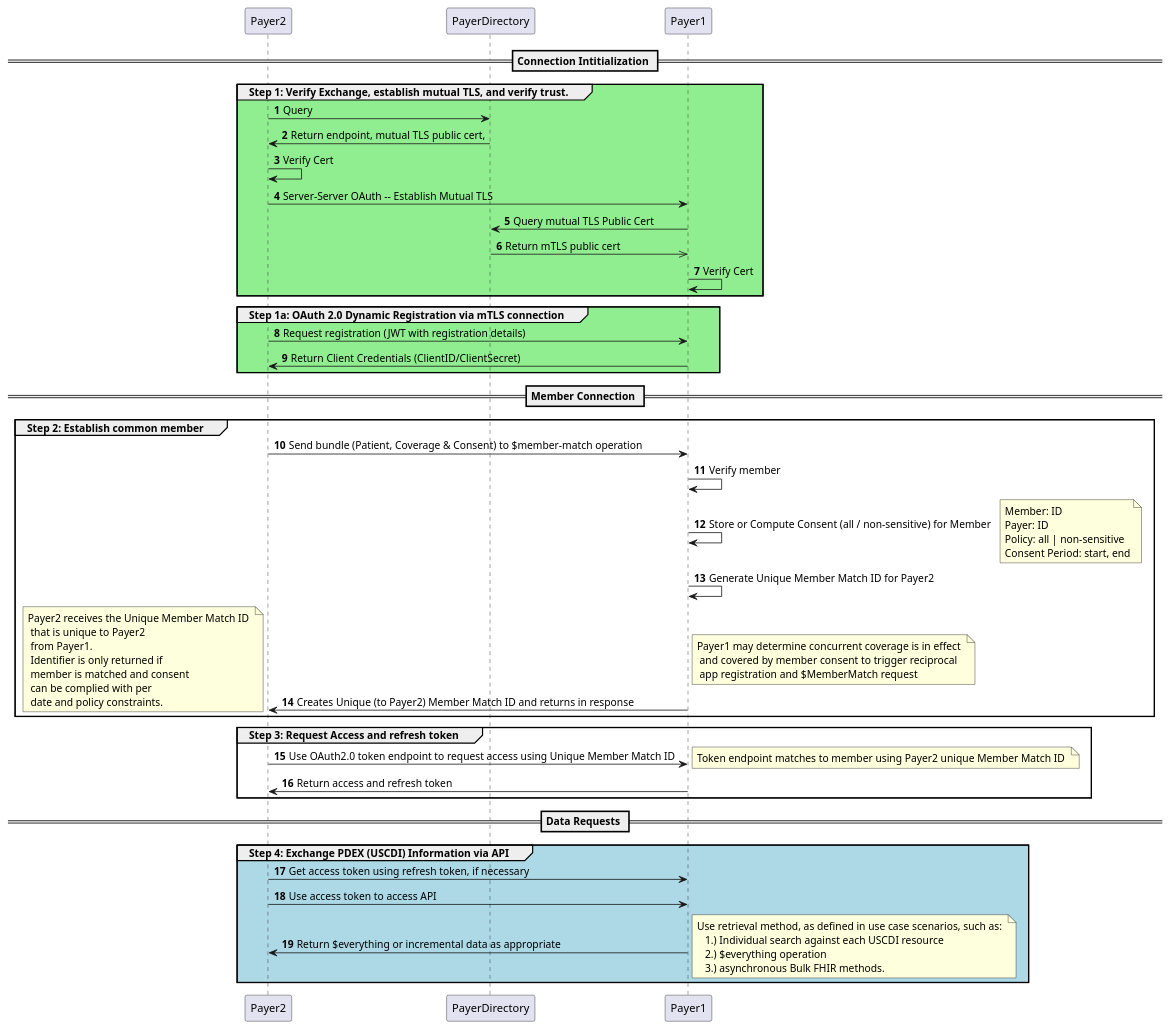
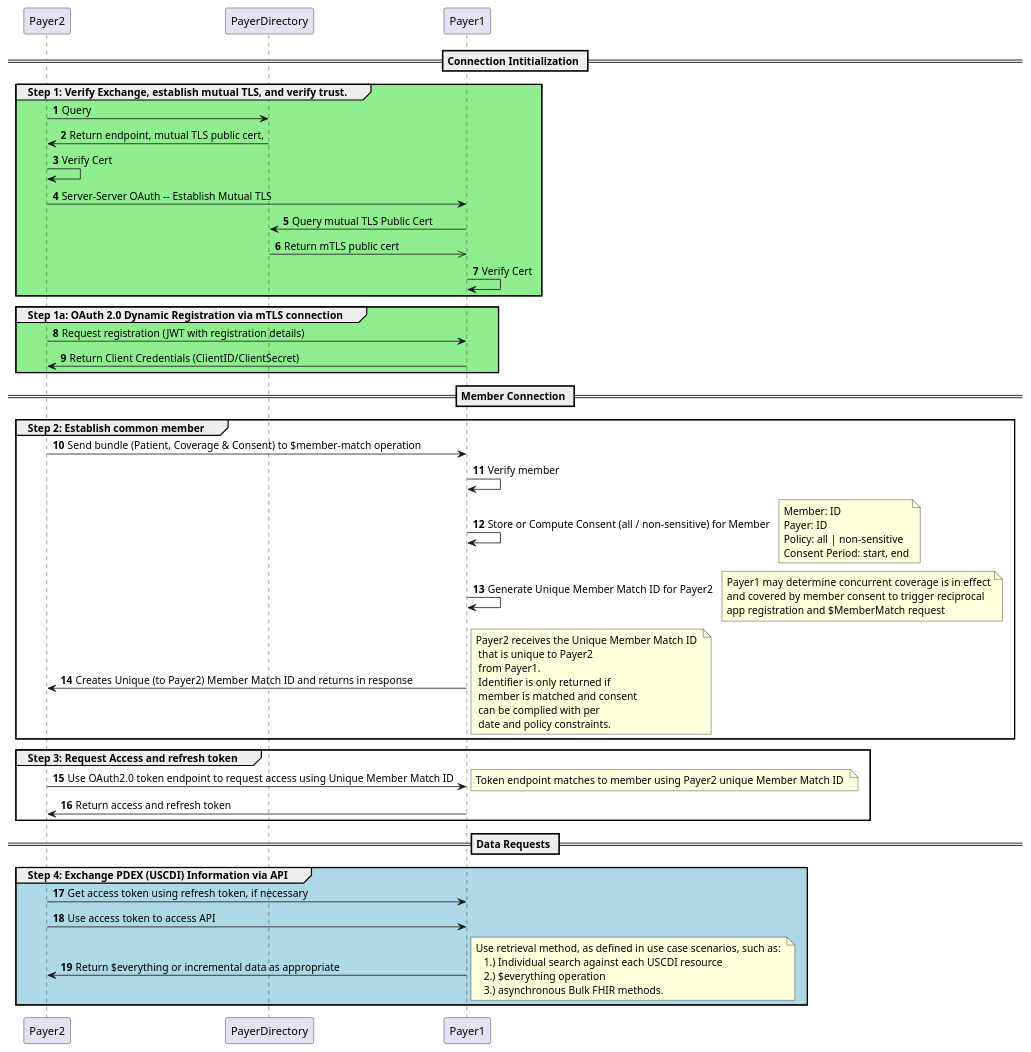
The diagram in input/images-source/authorization-consent.plantuml (HL7/davinci-epdx), drawn with PlantUML before and after one commit. The commit also changed 3 other files, not shown here.

```diff
--- a/input/images-source/authorization-consent.plantuml
+++ b/input/images-source/authorization-consent.plantuml
@@ -1,65 +1,67 @@
 @startuml
 autonumber
 == Connection Intitialization ==
 group #LightGreen Step 1: Verify Exchange, establish mutual TLS, and verify trust.
 	Payer2 -> PayerDirectory : Query
 	PayerDirectory -> Payer2 : Return endpoint, mutual TLS public cert, 
 	Payer2 -> Payer2 : Verify Cert
 	Payer2 -> Payer1 : Server-Server OAuth -- Establish Mutual TLS
 	Payer1 -> PayerDirectory : Query mutual TLS Public Cert
 	PayerDirectory ->> Payer1 : Return mTLS public cert
 	Payer1 -> Payer1 : Verify Cert
 end
 group #lightGreen Step 1a: OAuth 2.0 Dynamic Registration via mTLS connection
 	Payer2 -> Payer1 : Request registration (JWT with registration details)
   Payer1 -> Payer2 : Return Client Credentials (ClientID/ClientSecret)
 end
 == Member Connection ==
 group Step 2: Establish common member
 	Payer2 -> Payer1 : Send bundle (Patient, Coverage & Consent) to $member-match operation
 	Payer1 -> Payer1 : Verify member
   Payer1 -> Payer1 : Store or Compute Consent (all / non-sensitive) for Member
   note right
   Member: ID
   Payer: ID
   Policy: all | non-sensitive
   Consent Period: start, end
   endnote
-	Payer1 -> Payer1 : Generate Unique Member Match ID for Payer2  
-  Payer1 -> Payer2 : Creates Unique (to Payer2) Member Match ID and returns in response 
+
+	Payer1 -> Payer1 : Generate Unique Member Match ID for Payer2
   note right
-  	Payer1 may determine concurrent coverage is in effect 
-    and covered by member consent to trigger reciprocal 
+    Payer1 may determine concurrent coverage is in effect
+    and covered by member consent to trigger reciprocal
     app registration and $MemberMatch request
   endnote
-  note left
+
+  Payer1 -> Payer2 : Creates Unique (to Payer2) Member Match ID and returns in response
+  note right
   	Payer2 receives the Unique Member Match ID 
     that is unique to Payer2 
     from Payer1.  
     Identifier is only returned if
     member is matched and consent
     can be complied with per 
     date and policy constraints.
   endnote
 end
 
 group Step 3: Request Access and refresh token
 	Payer2 -> Payer1 : Use OAuth2.0 token endpoint to request access using Unique Member Match ID
   note right 
   	Token endpoint matches to member using Payer2 unique Member Match ID 
   endnote
   Payer1 -> Payer2 : Return access and refresh token
 end
 == Data Requests ==
 group #LightBlue Step 4: Exchange PDEX (USCDI) Information via API
 	Payer2 -> Payer1 : Get access token using refresh token, if necessary
   Payer2 -> Payer1 : Use access token to access API
 	Payer1 -> Payer2 : Return $everything or incremental data as appropriate
   note right
   	Use retrieval method, as defined in use case scenarios, such as: 
       1.) Individual search against each USCDI resource
       2.) $everything operation
       3.) asynchronous Bulk FHIR methods. 
   endnote
 end
 @enduml
```
